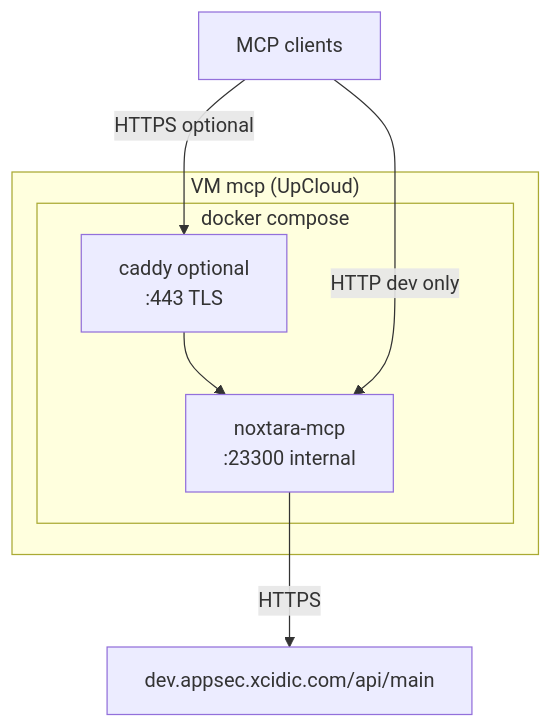
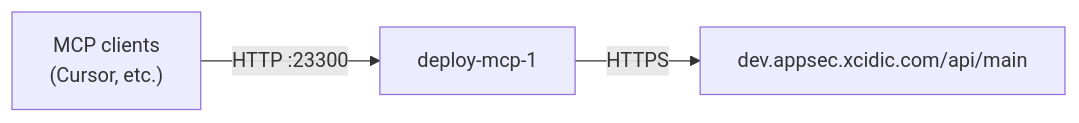
The diagram in docs/deployment.md (xcidic/noxtara-mcp), drawn with Mermaid before and after one commit. The commit also changed other lines of this file and 15 other files, not shown here.

First line of the commit message:
Add Docker deploy, 64-char tool names, and upstream request logging.

````diff
--- a/docs/deployment.md
+++ b/docs/deployment.md
@@ -49,13 +22,5 @@
 ```mermaid
-flowchart TB
-  subgraph host["VM mcp (UpCloud)"]
-    subgraph compose["docker compose"]
-      Proxy["caddy optional\n:443 TLS"]
-      MCP["noxtara-mcp\n:23300 internal"]
-    end
-    Proxy --> MCP
-  end
-  Client["MCP clients"] -->|HTTPS optional| Proxy
-  Client -->|HTTP dev only| MCP
+flowchart LR
+  Client["MCP clients\n(Cursor, etc.)"] -->|HTTP :23300| MCP["deploy-mcp-1"]
   MCP -->|HTTPS| API["dev.appsec.xcidic.com/api/main"]
 ```
````
